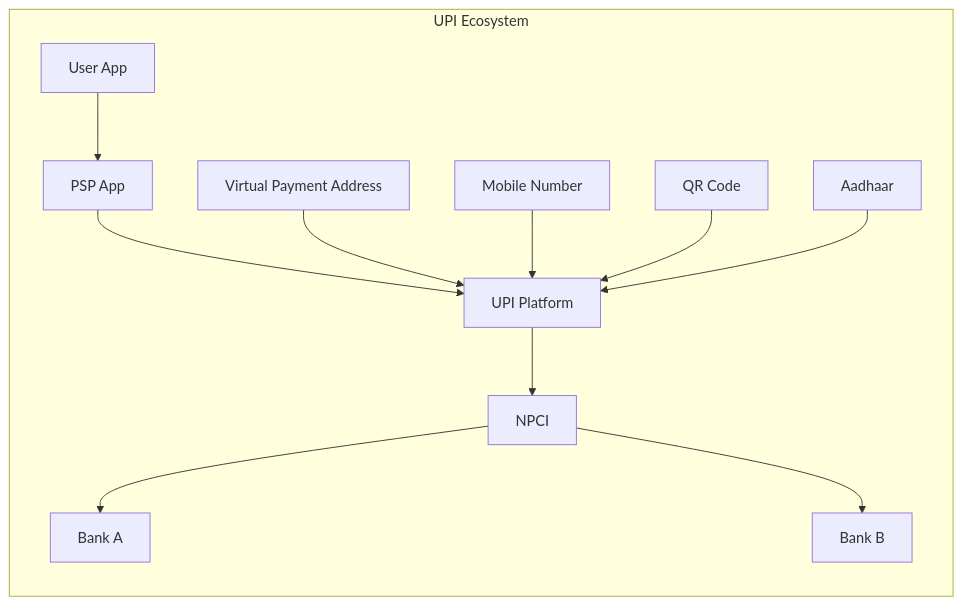
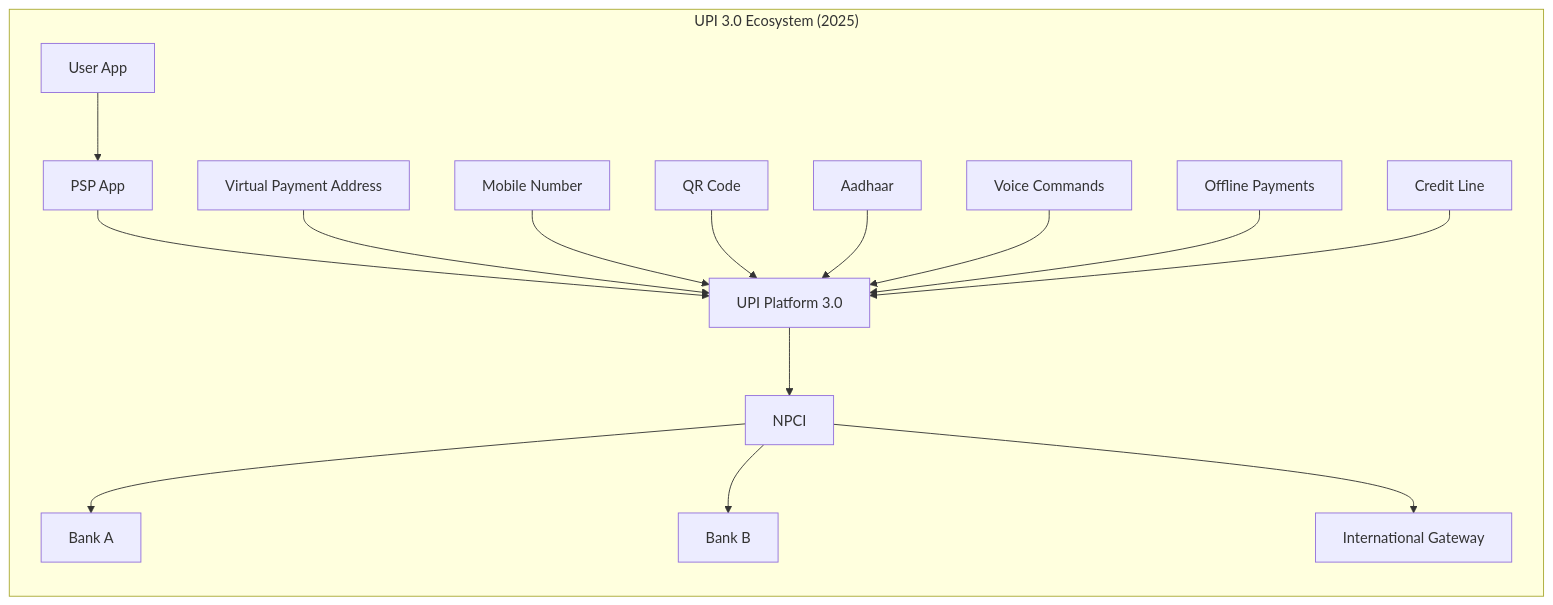
Before and after one commit to dug-21/arch-research: the fourth of 9 diagrams in epics/active/issue-3/processes/real-time-payments.md, drawn with Mermaid. The commit also changed other lines of this file and 35 other files, not shown here.

First line of the commit message:
feat: Complete comprehensive payments industry architecture research (issue #3)

````diff
--- a/epics/active/issue-3/processes/real-time-payments.md
+++ b/epics/active/issue-3/processes/real-time-payments.md
@@ -153,20 +213,27 @@
 ```mermaid
 graph LR
-    subgraph "UPI Ecosystem"
+    subgraph "UPI 3.0 Ecosystem (2025)"
         A[User App] --> B[PSP App]
-        B --> C[UPI Platform]
+        B --> C[UPI Platform 3.0]
         C --> D[NPCI]
         D --> E[Bank A]
         D --> F[Bank B]
+        D --> G[International Gateway]
         
-        G[Virtual Payment Address]
-        H[Mobile Number]
-        I[QR Code]
-        J[Aadhaar]
+        H[Virtual Payment Address]
+        I[Mobile Number]
+        J[QR Code]
+        K[Aadhaar]
+        L[Voice Commands]
+        M[Offline Payments]
+        N[Credit Line]
         
-        G --> C
         H --> C
         I --> C
         J --> C
+        K --> C
+        L --> C
+        M --> C
+        N --> C
     end
 ```
````
